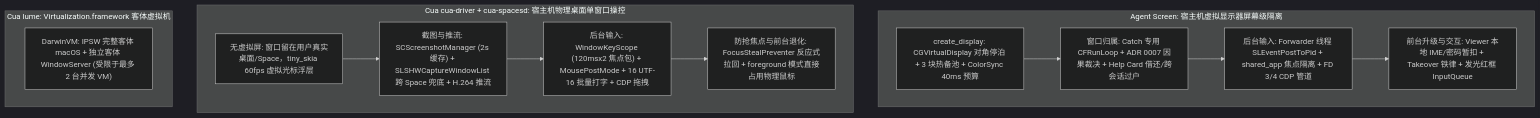
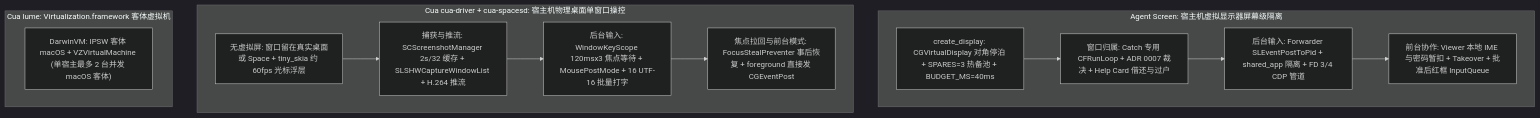
The diagram in docs/flows/cua-comparison.md (Fanzzzd/agent-screen), drawn with Mermaid (dark theme) before and after one commit. The commit also changed other lines of this file and 16 other files, not shown here.

First line of the commit message:
docs(docs): audit flow maps row by row with source quotes

````diff
--- a/docs/flows/cua-comparison.md
+++ b/docs/flows/cua-comparison.md
@@ -19,20 +19,20 @@
 ```mermaid
 flowchart TD
     subgraph AS["Agent Screen: 宿主机虚拟显示器屏幕级隔离"]
-        AS1["create_display: CGVirtualDisplay 对角停泊 + 3 块热备池 + ColorSync 40ms 预算"]
-        AS2["窗口归属: Catch 专用 CFRunLoop + ADR 0007 因果裁决 + Help Card 借还/跨会话过户"]
-        AS3["后台输入: Forwarder 线程 SLEventPostToPid + shared_app 焦点隔离 + FD 3/4 CDP 管道"]
-        AS4["前台升级与交互: Viewer 本地 IME/密码暂扣 + Takeover 铁律 + 发光红框 InputQueue"]
+        AS1["create_display: CGVirtualDisplay 对角停泊 + SPARES=3 热备池 + BUDGET_MS=40ms"]
+        AS2["窗口归属: Catch 专用 CFRunLoop + ADR 0007 裁决 + Help Card 借还与过户"]
+        AS3["后台输入: Forwarder SLEventPostToPid + shared_app 隔离 + FD 3/4 CDP 管道"]
+        AS4["前台协作: Viewer 本地 IME 与密码暂扣 + Takeover + 批准后红框 InputQueue"]
         AS1 --> AS2 --> AS3 --> AS4
     end
     subgraph CD["Cua cua-driver + cua-spacesd: 宿主机物理桌面单窗口操控"]
-        CD1["无虚拟屏: 窗口留在用户真实桌面/Space，tiny_skia 60fps 虚拟光标浮层"]
-        CD2["截图与推流: SCScreenshotManager (2s 缓存) + SLSHWCaptureWindowList 跨 Space 兜底 + H.264 推流"]
-        CD3["后台输入: WindowKeyScope (120msx2 焦点包) + MousePostMode + 16 UTF-16 批量打字 + CDP 拖拽"]
-        CD4["防抢焦点与前台退化: FocusStealPreventer 反应式拉回 + foreground 模式直接占用物理鼠标"]
+        CD1["无虚拟屏: 窗口留在真实桌面或 Space + tiny_skia 约 60fps 光标浮层"]
+        CD2["捕获与推流: SCScreenshotManager 2s/32 缓存 + SLSHWCaptureWindowList + H.264 推流"]
+        CD3["后台输入: WindowKeyScope 120msx3 焦点等待 + MousePostMode + 16 UTF-16 批量打字"]
+        CD4["焦点拉回与前台模式: FocusStealPreventer 事后恢复 + foreground 直接发 CGEventPost"]
         CD1 --> CD2 --> CD3 --> CD4
     end
     subgraph LM["Cua lume: Virtualization.framework 客体虚拟机"]
-        LM1["DarwinVM: IPSW 完整客体 macOS + 独立客体 WindowServer (受限于最多 2 台并发 VM)"]
+        LM1["DarwinVM: IPSW 客体 macOS + VZVirtualMachine (单宿主最多 2 台并发 macOS 客体)"]
     end
 ```
````
